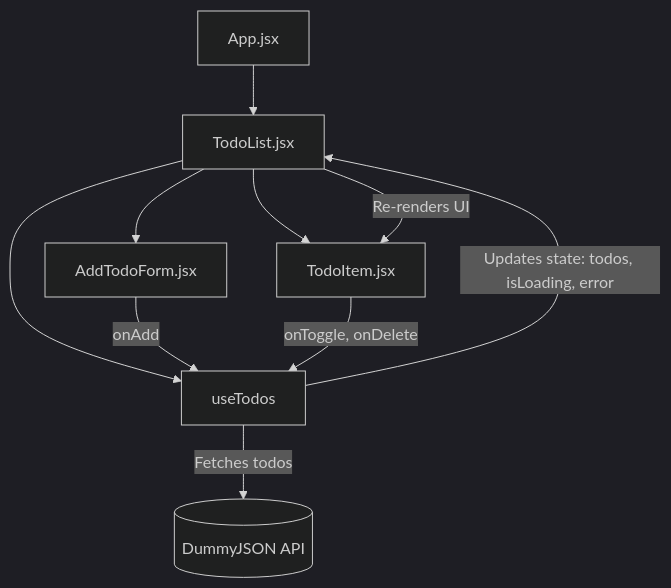
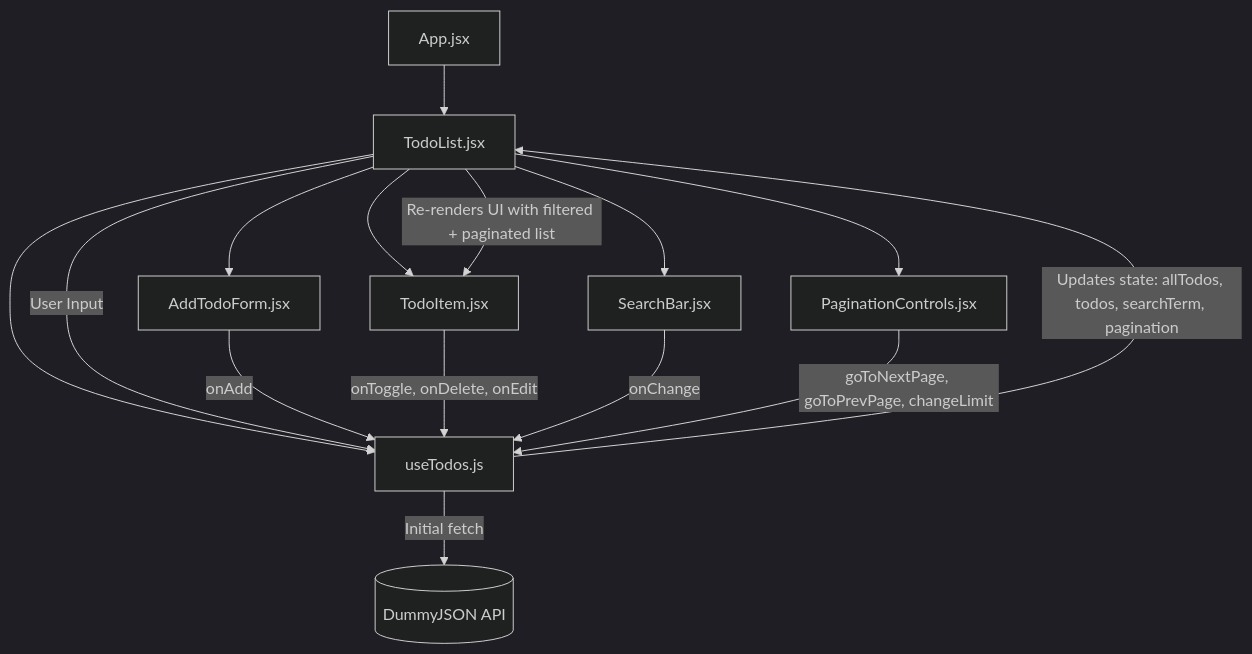
The diagram in README.md (Unding-884/lab4), drawn with Mermaid (dark theme) before and after one commit. The commit also changed other lines of this file, not shown here.

Commit message:
Revise README with updated component flow and patterns
Updated component tree and architecture overview in README.

````diff
--- a/README.md
+++ b/README.md
@@ -7,14 +7,19 @@
 ```mermaid
 flowchart TD
-    App[App.jsx] --> TL[TodoList.jsx] 
+    App[App.jsx] --> TL[TodoList.jsx]
     TL --> AF[AddTodoForm.jsx]
+    TL --> SB[SearchBar.jsx]
+    TL --> PC[PaginationControls.jsx]
     TL --> TI[TodoItem.jsx]
-    TL --> UH[useTodos]
+    TL --> UH[useTodos.js]
 
-    UH -->|Fetches todos| API[(DummyJSON API)]
+    UH -->|Initial fetch| API[(DummyJSON API)]
+    TL -->|User Input| UH
     AF -->|onAdd| UH
-    TI -->|onToggle, onDelete| UH
+    TI -->|onToggle, onDelete, onEdit| UH
+    SB -->|onChange| UH
+    PC -->|goToNextPage, goToPrevPage, changeLimit| UH
 
-    UH -->|Updates state: todos, isLoading, error| TL
-    TL -->|Re-renders UI| TI
+    UH -->|Updates state: allTodos, todos, searchTerm, pagination| TL
+    TL -->|Re-renders UI with filtered + paginated list| TI
 ```
````
